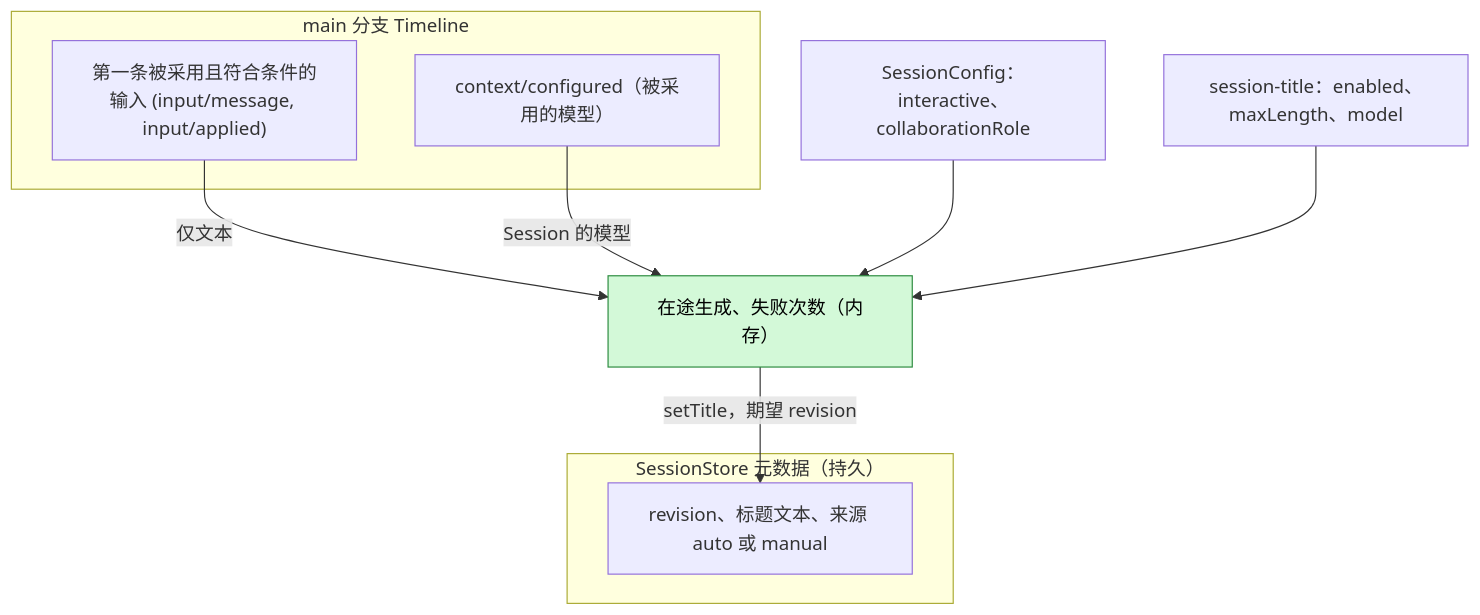
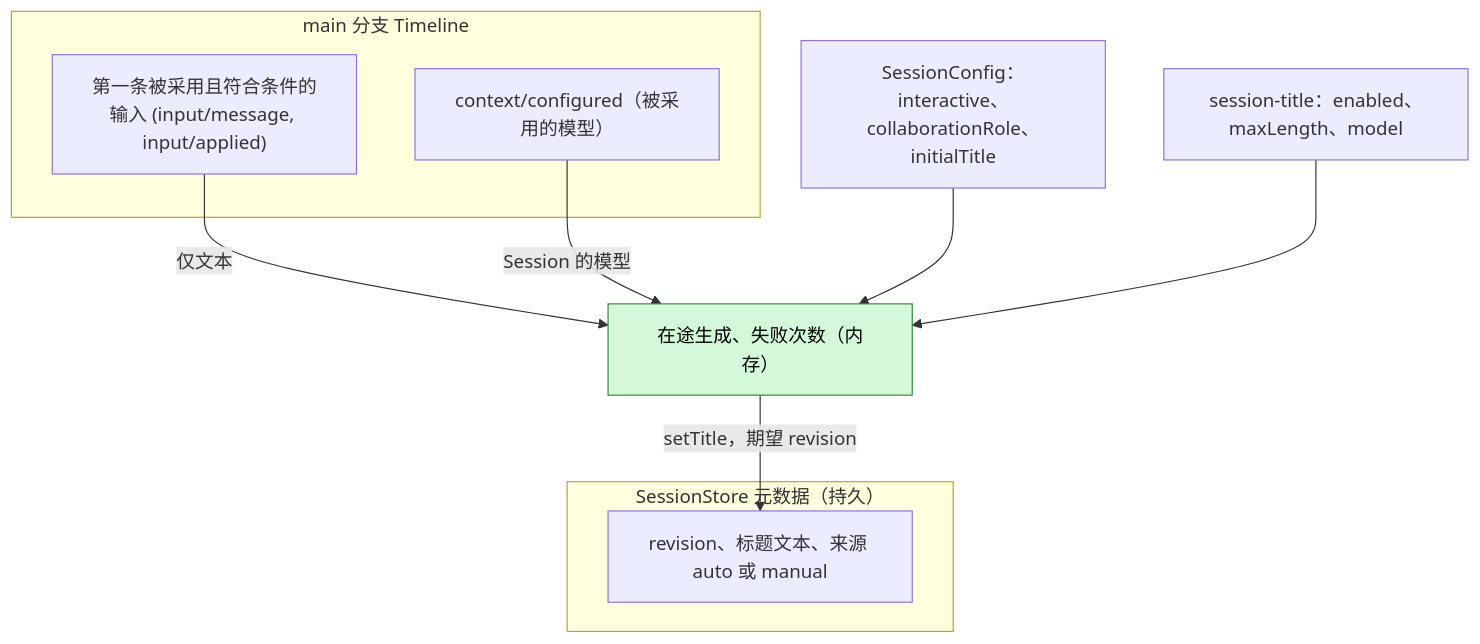
The second of 5 diagrams in docs/zh/design/plugins/SessionTitle.md (arcships/dim), drawn with Mermaid before and after one commit. The commit also changed other lines of this file and 3 other files, not shown here.

````diff
--- a/docs/zh/design/plugins/SessionTitle.md
+++ b/docs/zh/design/plugins/SessionTitle.md
@@ -105,19 +105,19 @@
 ```mermaid
 flowchart TB
   subgraph TLM["main 分支 Timeline"]
     FUI["第一条被采用且符合条件的输入 (input/message, input/applied)"]
     CC["context/configured（被采用的模型）"]
   end
   subgraph STORE["SessionStore 元数据（持久）"]
     MD["revision、标题文本、来源 auto 或 manual"]
   end
-  CONF["SessionConfig：interactive、collaborationRole"]
+  CONF["SessionConfig：interactive、collaborationRole、initialTitle"]
   CFG["session-title：enabled、maxLength、model"]
   MEM["在途生成、失败次数（内存）"]:::new
   FUI -->|"仅文本"| MEM
   CC -->|"Session 的模型"| MEM
   CONF --> MEM
   CFG --> MEM
   MEM -->|"setTitle，期望 revision"| MD
   classDef new fill:#d3f9d8,stroke:#2b8a3e,color:#000
 ```
````
